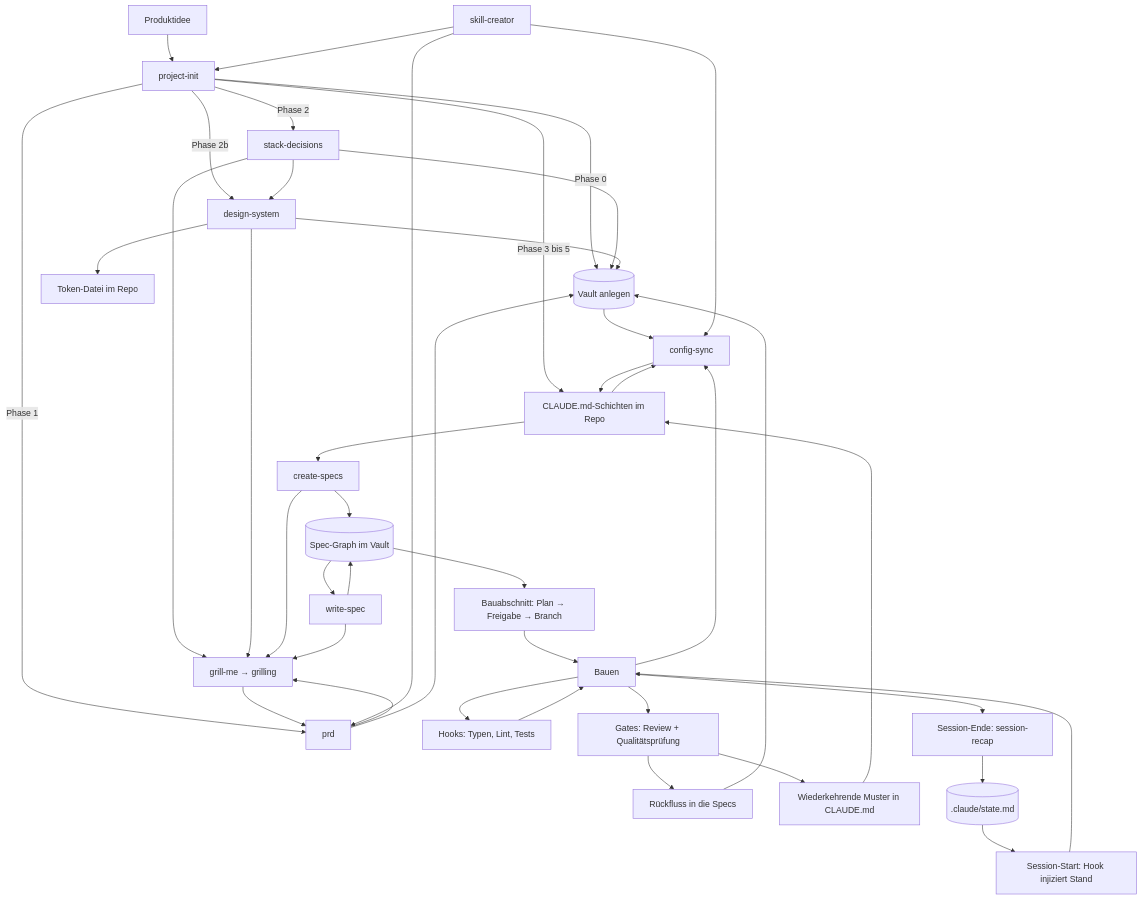
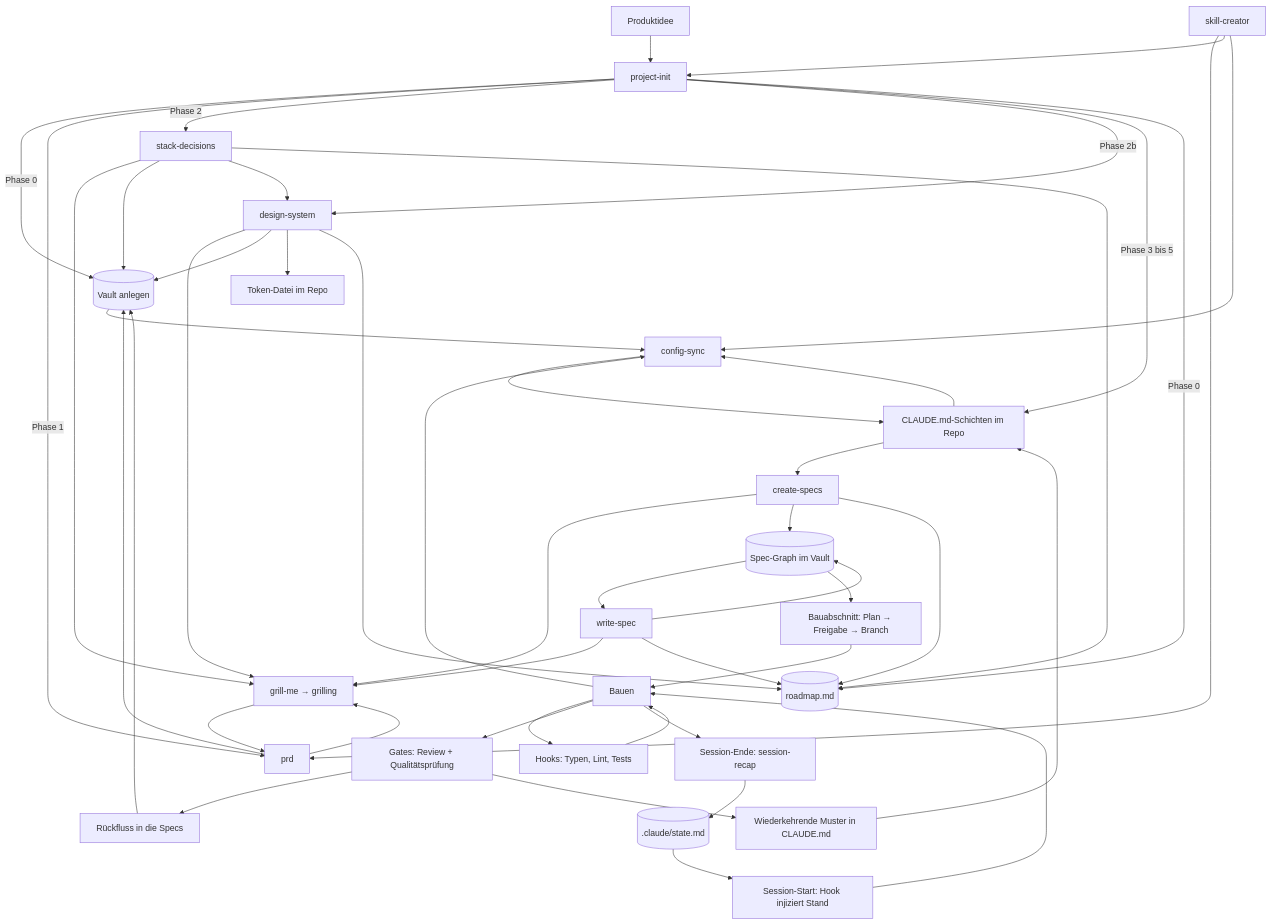
Before and after one commit to mxrius1706/Ai-Coding-Framework: the diagram in LOOP.md, drawn with Mermaid. The commit also changed other lines of this file and 3 other files, not shown here.

````diff
--- a/LOOP.md
+++ b/LOOP.md
@@ -25,48 +25,53 @@
 ```mermaid
 flowchart TD
     A[Produktidee] --> E[project-init]
     E -->|Phase 0| D[(Vault anlegen)]
     E -->|Phase 1| B[prd]
     B --> C[grill-me → grilling]
     C --> B
     B --> D
     E -->|Phase 2| S[stack-decisions]
     S --> C
     S --> D
     E -->|Phase 2b| DS[design-system]
     S --> DS
     DS --> C
     DS --> D
     DS --> TK[Token-Datei im Repo]
     E -->|Phase 3 bis 5| F[CLAUDE.md-Schichten im Repo]
 
     F --> CS[create-specs]
     CS --> C
     CS --> SP[(Spec-Graph im Vault)]
     SP --> WS[write-spec]
     WS --> C
     WS --> SP
     SP --> G[Bauabschnitt: Plan → Freigabe → Branch]
     G --> H[Bauen]
     H --> I[Hooks: Typen, Lint, Tests]
     I --> H
     H --> J[Gates: Review + Qualitätsprüfung]
     J --> K[Rückfluss in die Specs]
     K --> D
     J --> L[Wiederkehrende Muster in CLAUDE.md]
     L --> F
 
     F --> M[config-sync]
     M --> F
     D --> M
     H --> M
 
     N[Session-Ende: session-recap] --> O[(.claude/state.md)]
+    E -->|Phase 0| RM[(roadmap.md)]
+    S --> RM
+    DS --> RM
+    CS --> RM
+    WS --> RM
     O --> P[Session-Start: Hook injiziert Stand]
     P --> H
     H --> N
 
     Q[skill-creator] --> B
     Q --> E
     Q --> M
 ```
````
